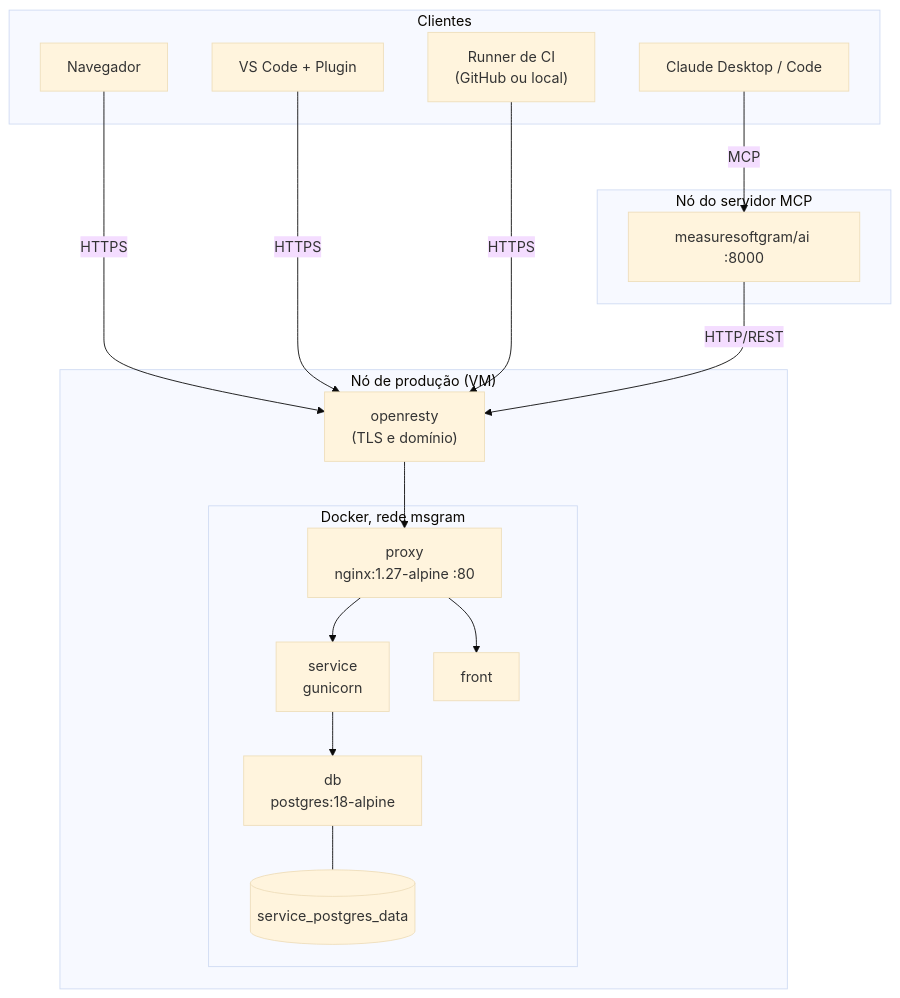
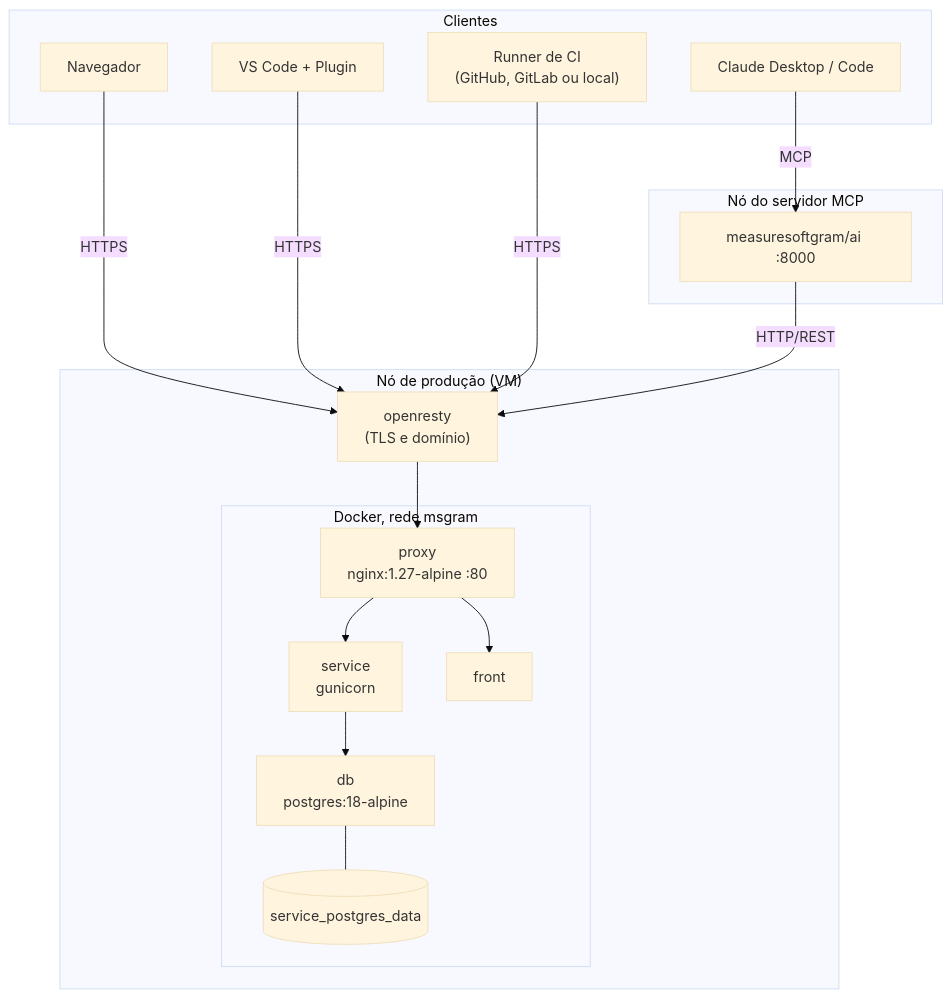
The seventh of 9 diagrams in docs/produto/arquitetura.mdx (fga-eps-mds/2026.2-MeasureSoftGram-DOC), drawn with Mermaid (base theme) before and after one commit. The commit also changed other lines of this file, not shown here.

Commit message:
docs(arquitetura): atualiza diagramas de fluxo e visão física para GitLab CI/CD (#239)

````diff
--- a/docs/produto/arquitetura.mdx
+++ b/docs/produto/arquitetura.mdx
@@ -540,35 +541,35 @@
 ```mermaid
 flowchart TB
     subgraph Clientes
         BR["Navegador"]
         VS["VS Code + Plugin"]
         AIC["Claude Desktop / Code"]
-        RUNNER["Runner de CI<br/>(GitHub ou local)"]
+        RUNNER["Runner de CI<br/>(GitHub, GitLab ou local)"]
     end
 
     subgraph VM["Nó de produção (VM)"]
         OR["openresty<br/>(TLS e domínio)"]
         subgraph Docker["Docker, rede msgram"]
             NG["proxy<br/>nginx:1.27-alpine :80"]
             SV["service<br/>gunicorn"]
             FR["front"]
             PG["db<br/>postgres:18-alpine"]
             V1[("service_postgres_data")]
             NG --> SV
             NG --> FR
             SV --> PG
             PG --- V1
         end
         OR --> NG
     end
 
     subgraph MCPNode["Nó do servidor MCP"]
         MC["measuresoftgram/ai :8000"]
     end
 
     BR -->|HTTPS| OR
     VS -->|HTTPS| OR
     RUNNER -->|HTTPS| OR
     AIC -->|MCP| MC
     MC -->|HTTP/REST| OR
 ```
````
